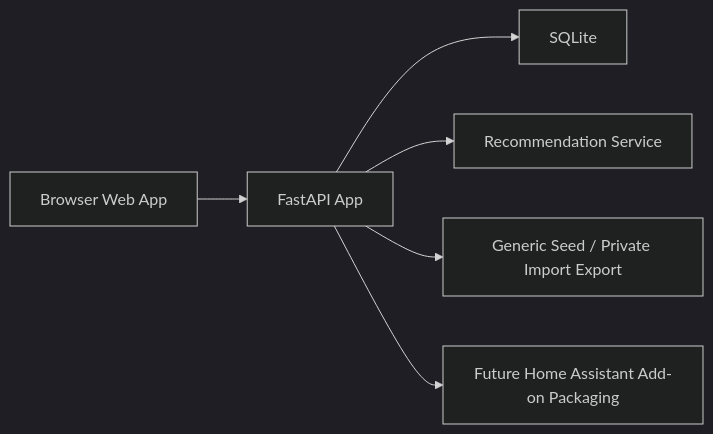
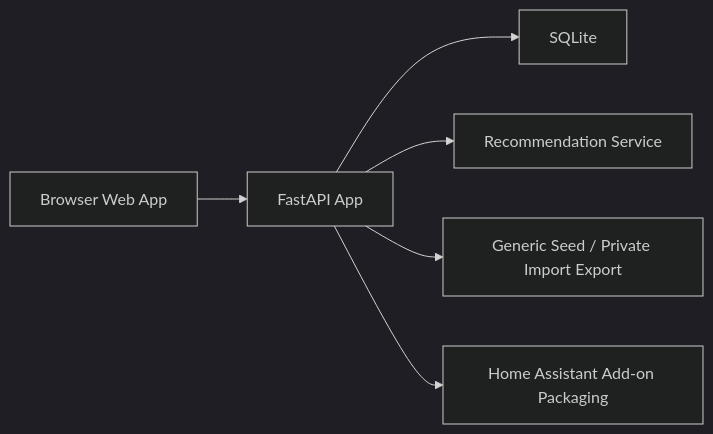
One commit to kmcrandom/family-menu-ha changed the diagram in specs/system-architecture.md. Above: the diagram before and after it, drawn with Mermaid (dark theme). The commit also changed other lines of this file and 65 other files, not shown here.

Commit message:
Prepare Home Assistant add-on packaging

````diff
--- a/specs/system-architecture.md
+++ b/specs/system-architecture.md
@@ -12,8 +13,8 @@
 ```mermaid
 flowchart LR
   UI["Browser Web App"] --> API["FastAPI App"]
   API --> DB["SQLite"]
   API --> REC["Recommendation Service"]
   API --> SEED["Generic Seed / Private Import Export"]
-  API --> HA["Future Home Assistant Add-on Packaging"]
+  API --> HA["Home Assistant Add-on Packaging"]
 ```
````
